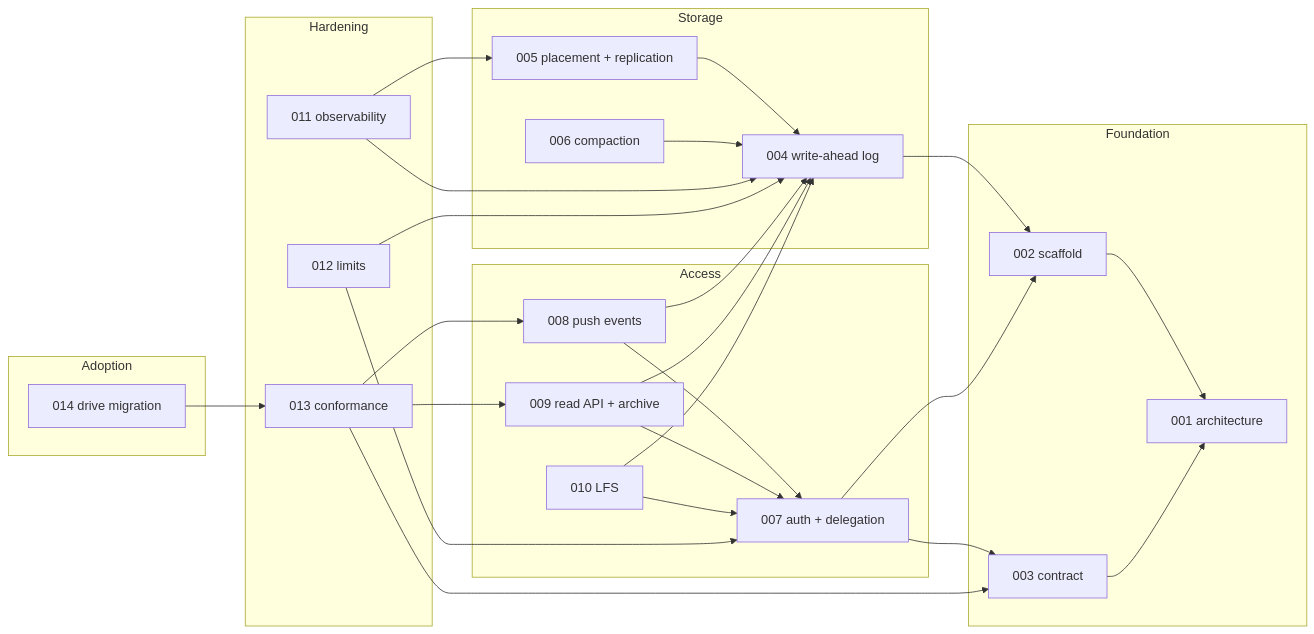
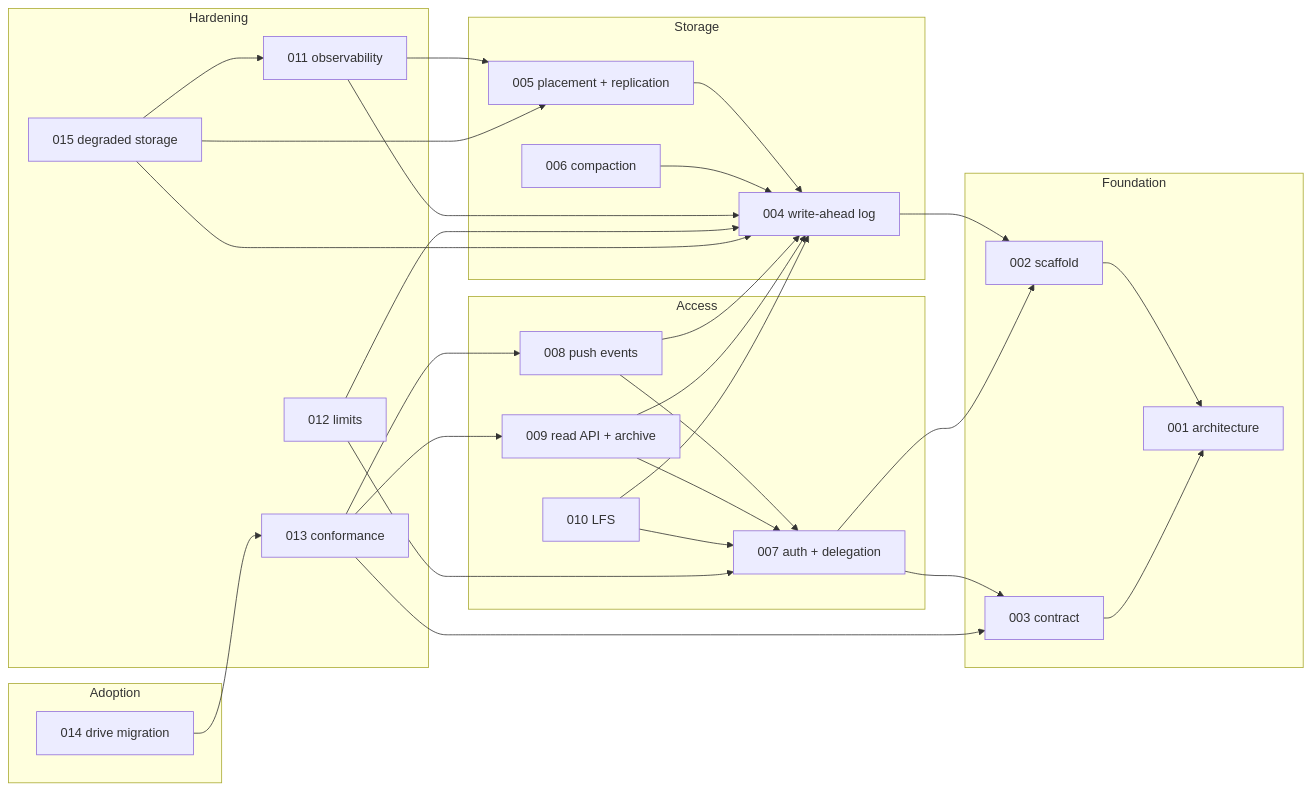
Before and after one commit to latere-ai/origo: the second of 2 diagrams in specs/README.md, drawn with Mermaid. The commit also changed other lines of this file and 6 other files, not shown here.

First line of the commit message:
specs: scaling, disk, materialization budget, degraded storage, operations

````diff
--- a/specs/README.md
+++ b/specs/README.md
@@ -53,48 +54,52 @@
 ```mermaid
 flowchart LR
   subgraph F[Foundation]
     S001[001 architecture]
     S002[002 scaffold]
     S003[003 contract]
   end
   subgraph S[Storage]
     S004[004 write-ahead log]
     S005[005 placement + replication]
     S006[006 compaction]
   end
   subgraph A[Access]
     S007[007 auth + delegation]
     S008[008 push events]
     S009[009 read API + archive]
     S010[010 LFS]
   end
   subgraph H[Hardening]
     S011[011 observability]
     S012[012 limits]
     S013[013 conformance]
+    S015[015 degraded storage]
   end
   subgraph M[Adoption]
     S014[014 drive migration]
   end
   S002 --> S001
   S003 --> S001
   S004 --> S002
   S005 --> S004
   S006 --> S004
   S007 --> S002
   S007 --> S003
   S008 --> S004
   S008 --> S007
   S009 --> S004
   S009 --> S007
   S010 --> S004
   S010 --> S007
   S011 --> S004
   S011 --> S005
   S012 --> S007
   S012 --> S004
   S013 --> S003
   S013 --> S008
   S013 --> S009
   S014 --> S013
+  S015 --> S004
+  S015 --> S005
+  S015 --> S011
 ```
````
